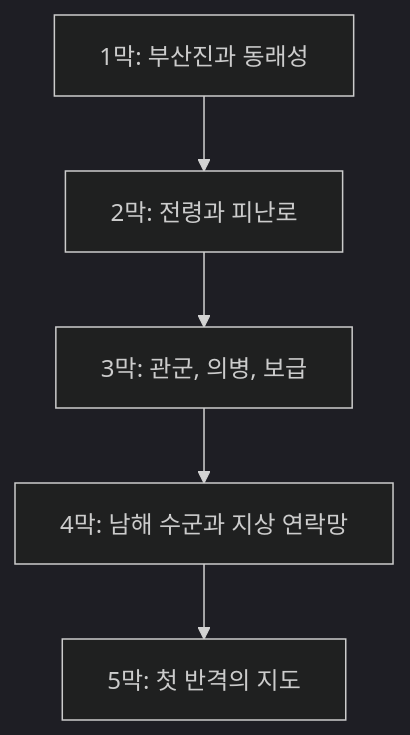
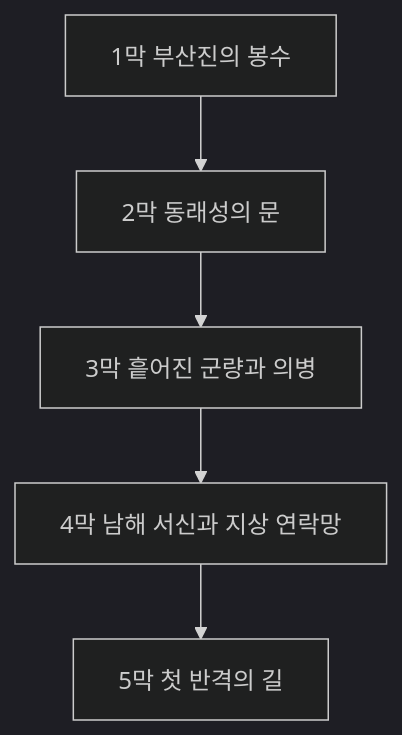
Before and after one commit to sinmb79/kcd2-joseon-counterattack-mod: the diagram in imjin-war-joseon-counterattack-story-lab/docs/long_campaign_outline.md, drawn with Mermaid (dark theme). The commit also changed other lines of this file and 10 other files, not shown here.

````diff
--- a/imjin-war-joseon-counterattack-story-lab/docs/long_campaign_outline.md
+++ b/imjin-war-joseon-counterattack-story-lab/docs/long_campaign_outline.md
@@ -9,7 +15,7 @@
 ```mermaid
 flowchart TD
-  A["1막: 부산진과 동래성"] --> B["2막: 전령과 피난로"]
-  B --> C["3막: 관군, 의병, 보급"]
-  C --> D["4막: 남해 수군과 지상 연락망"]
-  D --> E["5막: 첫 반격의 지도"]
+  A["1막 부산진의 봉수"] --> B["2막 동래성의 문"]
+  B --> C["3막 흩어진 군량과 의병"]
+  C --> D["4막 남해 서신과 지상 연락망"]
+  D --> E["5막 첫 반격의 길"]
 ```
````
